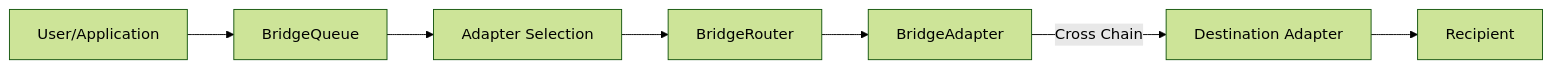
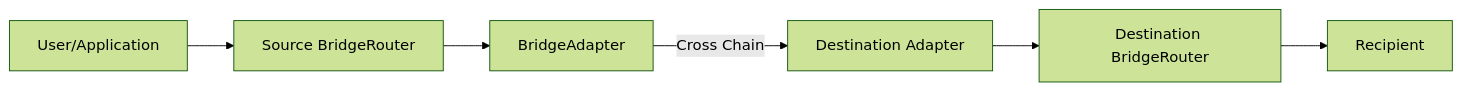
Before and after one commit to OasisDEX/summer-earn-protocol: the diagram in packages/chain-bridge/docs/BRIDGE_README.md, drawn with Mermaid (forest theme). The commit also changed other lines of this file and 1 other file, not shown here.

First line of the commit message:
refactor: update Chain Bridge documentation and code structure

````diff
--- a/packages/chain-bridge/docs/BRIDGE_README.md
+++ b/packages/chain-bridge/docs/BRIDGE_README.md
@@ -15,9 +15,8 @@
 ```mermaid
 graph LR
-    A[User/Application] --> B[BridgeQueue]
-    B --> C[Adapter Selection]
-    C --> D[BridgeRouter]
-    D --> E[BridgeAdapter]
-    E -->|Cross Chain| F[Destination Adapter]
-    F --> G[Recipient]
+    A[User/Application] --> B[Source BridgeRouter]
+    B --> C[BridgeAdapter]
+    C -->|Cross Chain| D[Destination Adapter]
+    D -->E[Destination BridgeRouter]
+    E --> F[Recipient]
 ```
````
